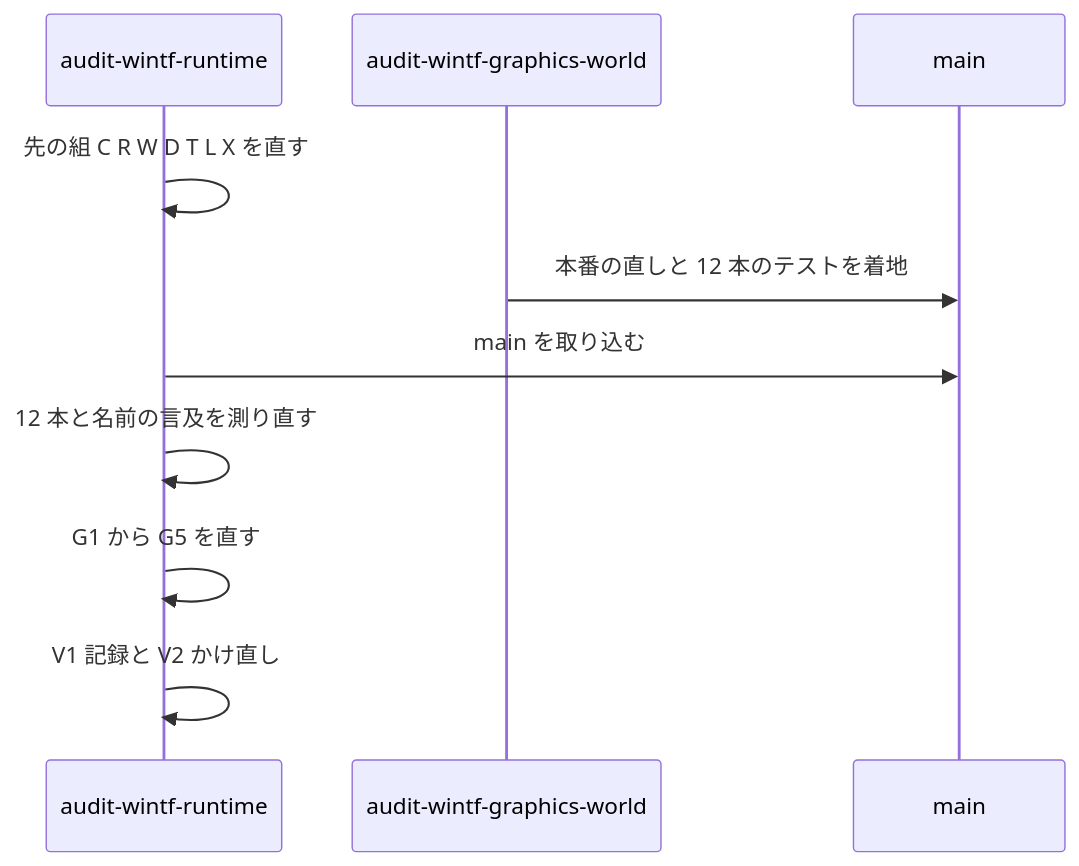
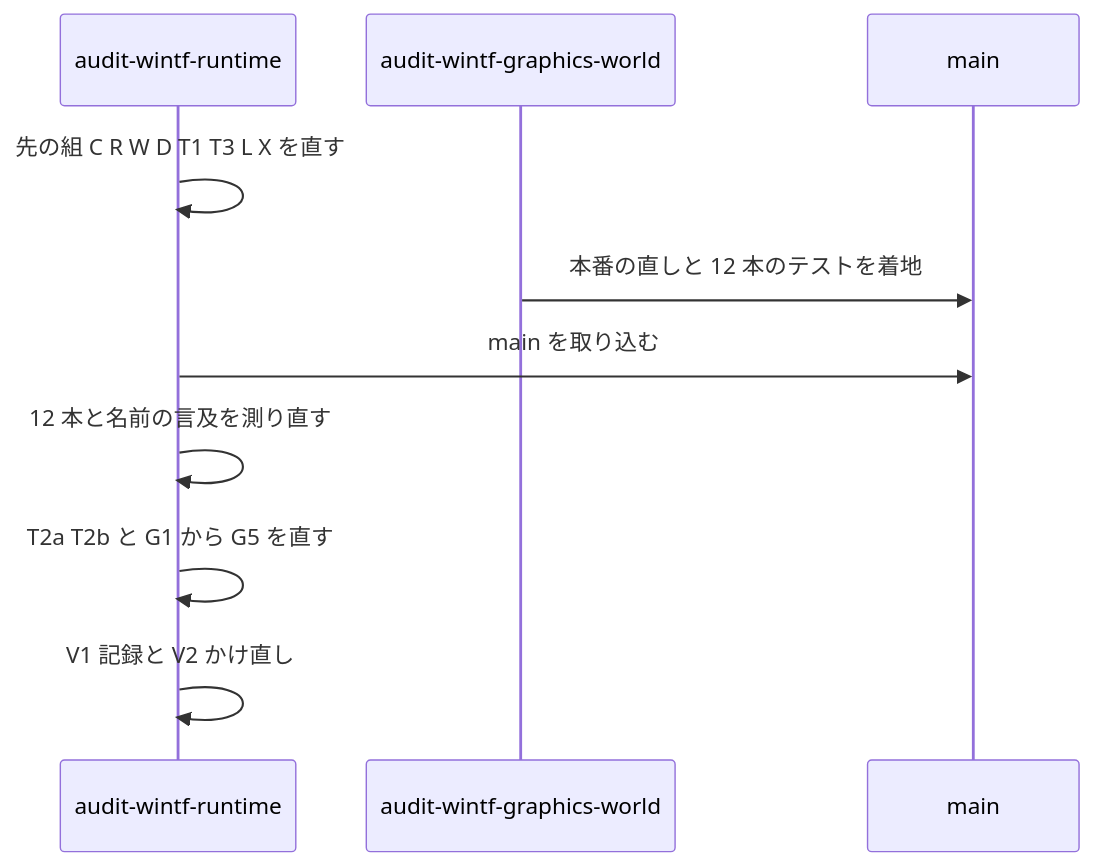
The third of 3 diagrams in .kiro/specs/audit-wintf-runtime/design.md (ekicyou/areka), drawn with Mermaid before and after one commit. The commit also changed other lines of this file, not shown here.

Commit message:
docs(audit-wintf-runtime): audit-wintf-graphics-world の追加の申し合わせに合わせ、T2a・T2b と create_command_list の削除を着地の後へ回す

````diff
--- a/.kiro/specs/audit-wintf-runtime/design.md
+++ b/.kiro/specs/audit-wintf-runtime/design.md
@@ -255,12 +256,12 @@
 ```mermaid
 sequenceDiagram
     participant RT as audit-wintf-runtime
     participant GW as audit-wintf-graphics-world
     participant Main as main
-    RT->>RT: 先の組 C R W D T L X を直す
+    RT->>RT: 先の組 C R W D T1 T3 L X を直す
     GW->>Main: 本番の直しと 12 本のテストを着地
     RT->>Main: main を取り込む
     RT->>RT: 12 本と名前の言及を測り直す
-    RT->>RT: G1 から G5 を直す
+    RT->>RT: T2a T2b と G1 から G5 を直す
     RT->>RT: V1 記録と V2 かけ直し
 ```
````
